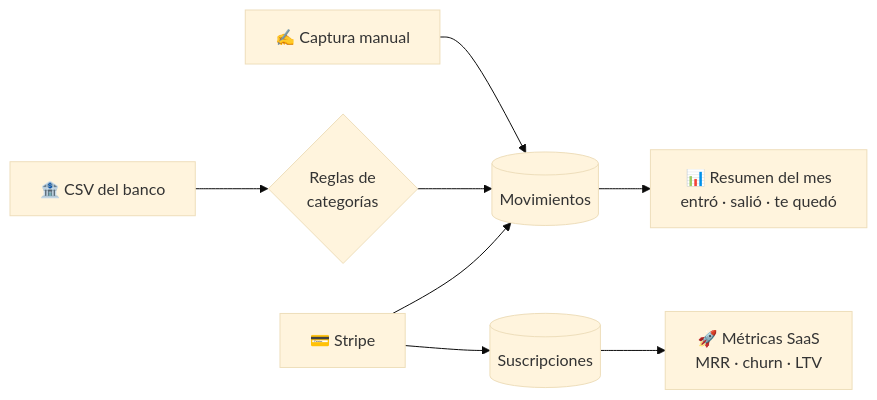
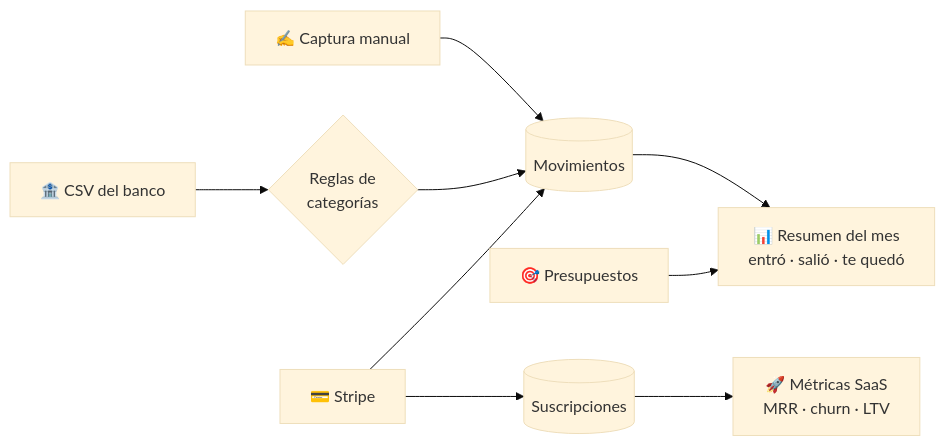
The diagram in README.md (isransd-pixel/Nyre), drawn with Mermaid (base theme) before and after one commit. The commit also changed other lines of this file and 14 other files, not shown here.

````diff
--- a/README.md
+++ b/README.md
@@ -22,9 +23,10 @@
 ```mermaid
 flowchart LR
     A[✍️ Captura manual] --> M[(Movimientos)]
     B[🏦 CSV del banco] --> R{Reglas de<br/>categorías} --> M
     C[💳 Stripe] --> M
     C --> S[(Suscripciones)]
     M --> D[📊 Resumen del mes<br/>entró · salió · te quedó]
+    P[🎯 Presupuestos] --> D
     S --> K[🚀 Métricas SaaS<br/>MRR · churn · LTV]
 ```
````
